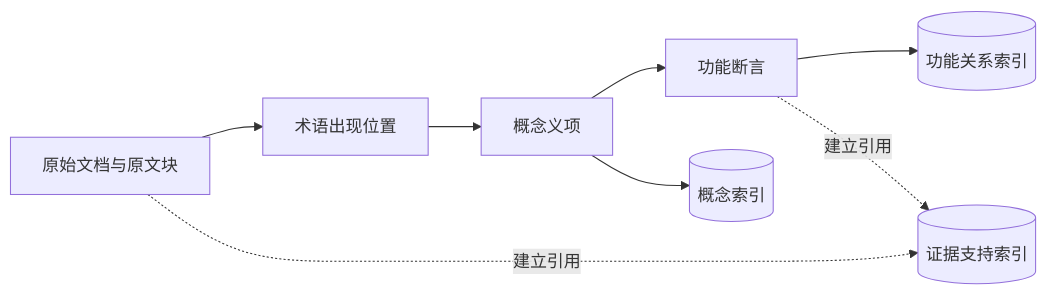
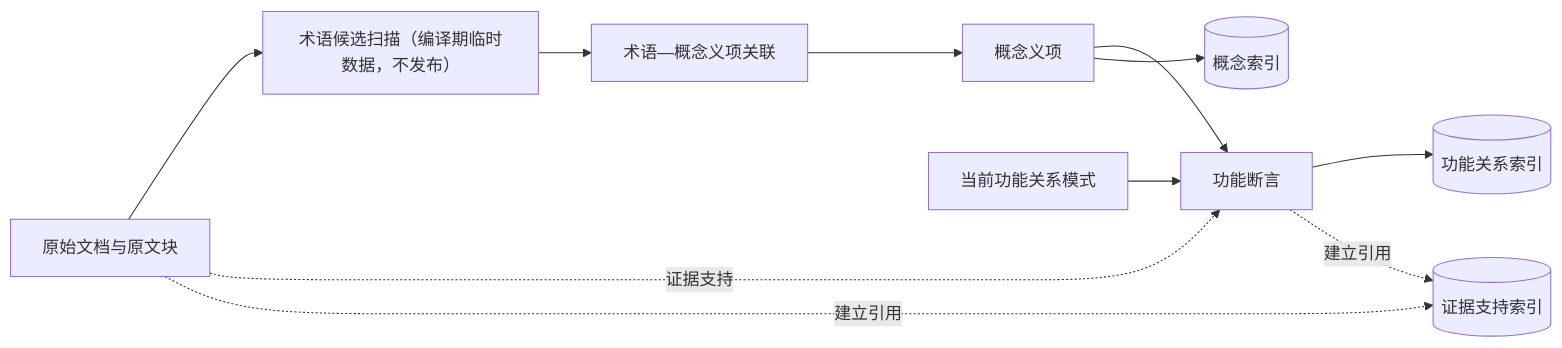
Before and after one commit to lipeidonggz/ai-study-helper-v2: the third of 4 diagrams in docs/design/14-dual-entry-concept-function-knowledge-index.md, drawn with Mermaid. The commit also changed other lines of this file and 21 other files, not shown here.

````diff
--- a/docs/design/14-dual-entry-concept-function-knowledge-index.md
+++ b/docs/design/14-dual-entry-concept-function-knowledge-index.md
@@ -685,10 +1084,13 @@
 ```mermaid
 flowchart LR
-  D[原始文档与原文块] --> T[术语出现位置]
-  T --> S[概念义项]
+  D[原始文档与原文块] --> T["术语候选扫描（编译期临时数据，不发布）"]
+  T --> L[术语—概念义项关联]
+  L --> S[概念义项]
+  R[当前功能关系模式] --> A[功能断言]
   S --> A[功能断言]
+  D -. 证据支持 .-> A
   S --> CI[(概念索引)]
   A --> FI[(功能关系索引)]
   D -. 建立引用 .-> SI[(证据支持索引)]
   A -. 建立引用 .-> SI
 ```
````
